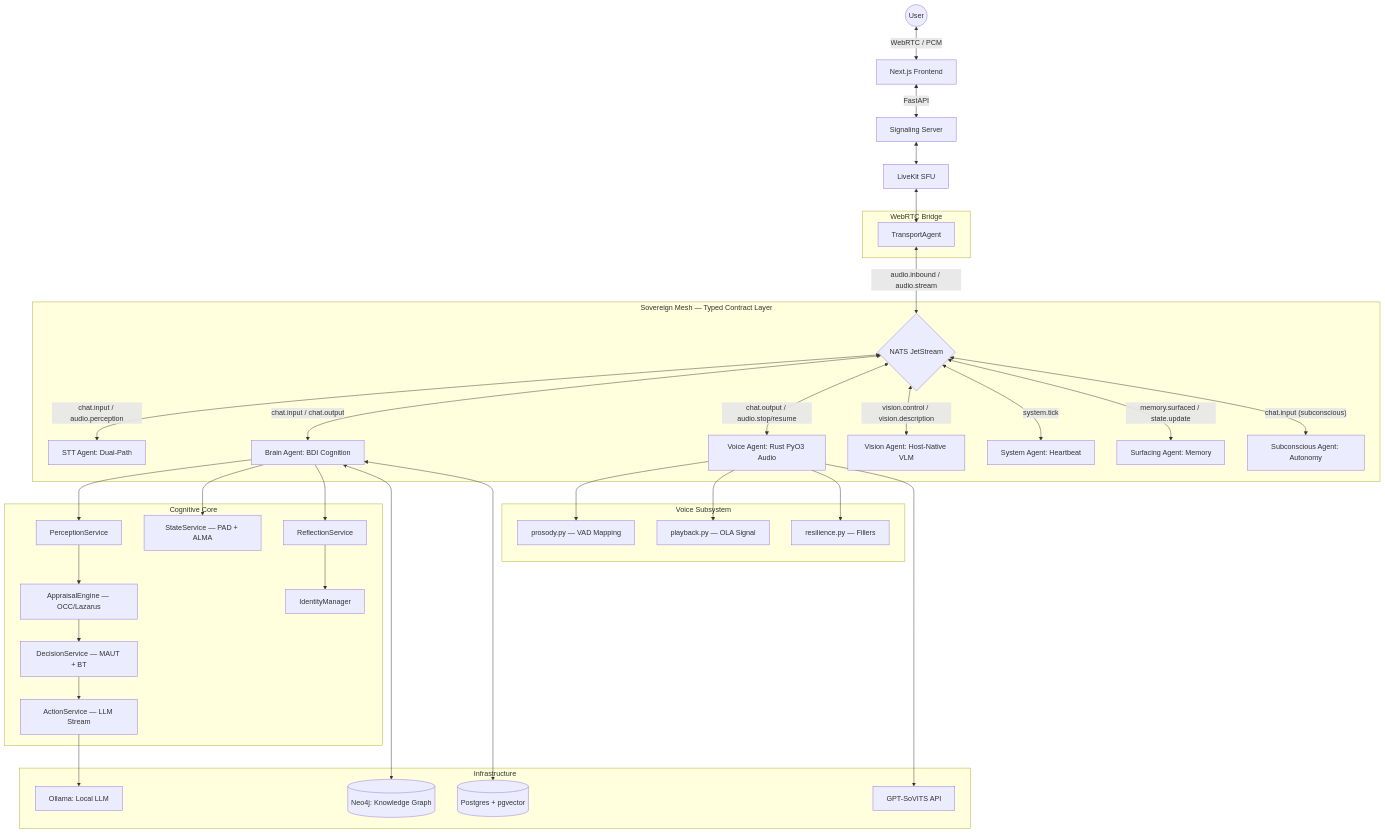
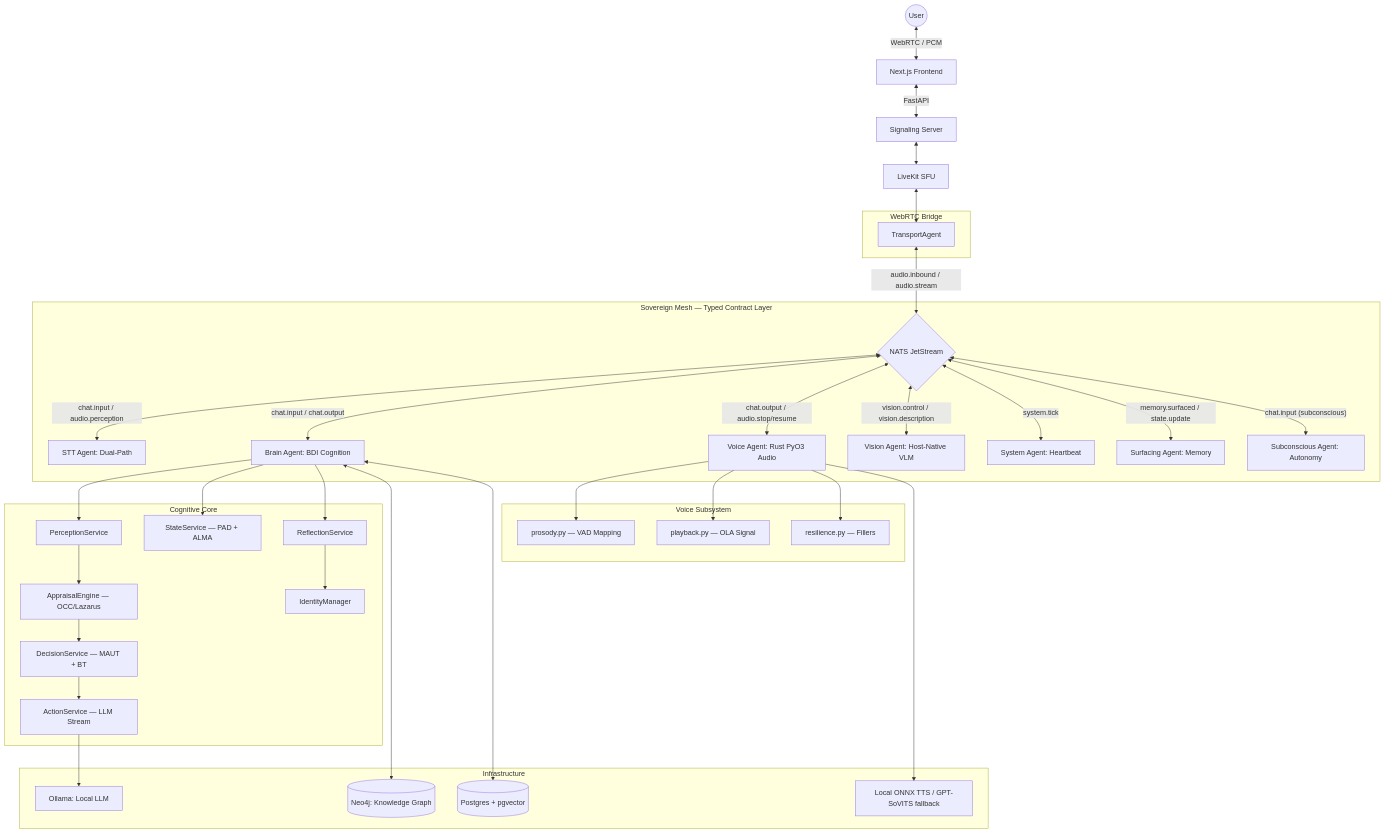
One commit to Aniket-a14/AI_friend changed the first of 2 diagrams in README.md. Above: the diagram before and after it, drawn with Mermaid. The commit also changed other lines of this file and 18 other files, not shown here.

Commit message:
feat(voice): accelerate voice synthesis via local ONNX engine and look-ahead speculative fillers

````diff
--- a/README.md
+++ b/README.md
@@ -67,54 +67,54 @@
 ```mermaid
 graph TD
     User((User)) <--> |"WebRTC / PCM"| Frontend["Next.js Frontend"]
     Frontend <--> |"FastAPI"| Signaling["Signaling Server"]
 
     subgraph "WebRTC Bridge"
         Transport["TransportAgent"]
     end
 
     Signaling <--> LK["LiveKit SFU"]
     LK <--> Transport
 
     subgraph "Sovereign Mesh — Typed Contract Layer"
         Transport <--> |"audio.inbound / audio.stream"| Bus{"NATS JetStream"}
         Bus <--> |"chat.input / audio.perception"| STT["STT Agent: Dual-Path"]
         Bus <--> |"chat.input / chat.output"| Brain["Brain Agent: BDI Cognition"]
         Bus <--> |"chat.output / audio.stop/resume"| Voice["Voice Agent: Rust PyO3 Audio"]
         Bus <--> |"vision.control / vision.description"| Vision["Vision Agent: Host-Native VLM"]
         Bus <--> |"system.tick"| Pulse["System Agent: Heartbeat"]
         Bus <--> |"memory.surfaced / state.update"| Recall["Surfacing Agent: Memory"]
         Bus <--> |"chat.input (subconscious)"| Subconscious["Subconscious Agent: Autonomy"]
     end
 
     subgraph "Cognitive Core"
         Perception["PerceptionService"]
         Appraisal["AppraisalEngine — OCC/Lazarus"]
         Decision["DecisionService — MAUT + BT"]
         Action["ActionService — LLM Stream"]
         State["StateService — PAD + ALMA"]
         Learning["ReflectionService"]
         Identity["IdentityManager"]
     end
 
     Brain --> Perception --> Appraisal --> Decision --> Action
     Brain --> State
     Brain --> Learning --> Identity
 
     subgraph "Voice Subsystem"
         Prosody["prosody.py — VAD Mapping"]
         Playback["playback.py — OLA Signal"]
         Resilience["resilience.py — Fillers"]
     end
 
     Voice --> Prosody
     Voice --> Playback
     Voice --> Resilience
 
     subgraph "Infrastructure"
         Brain <--> Neo4j[("Neo4j: Knowledge Graph")]
         Brain <--> Postgres[("Postgres + pgvector")]
         Action --> Ollama["Ollama: Local LLM"]
-        Voice --> SoVITS["GPT-SoVITS API"]
+        Voice --> LocalONNX["Local ONNX TTS / GPT-SoVITS fallback"]
     end
 ```
````
